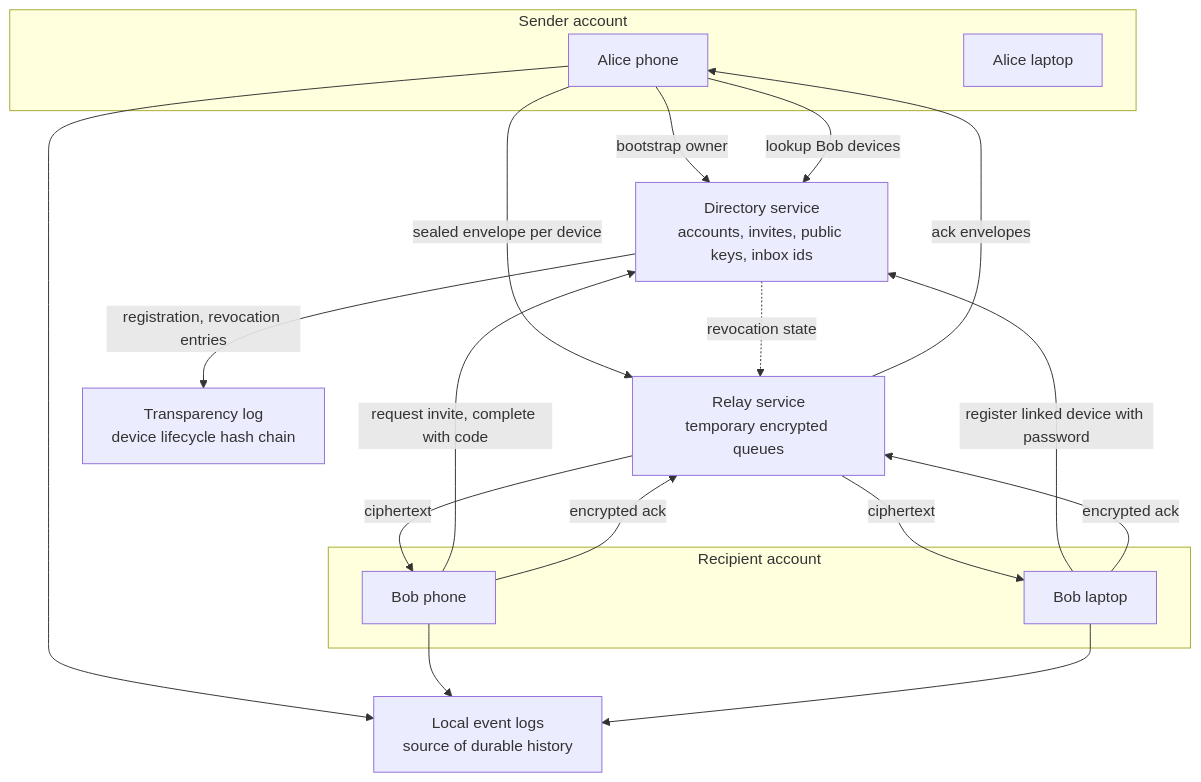
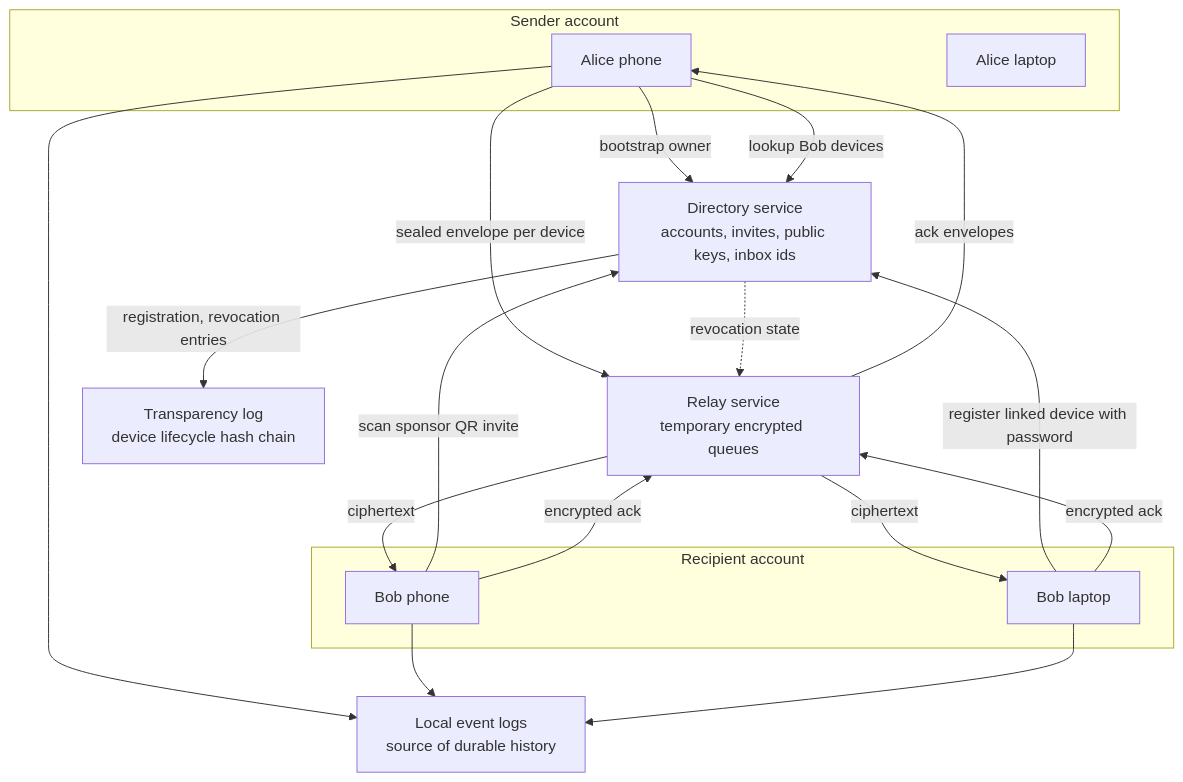
Before and after one commit to vaka47/resilient-messenger-protocol: the diagram in docs/architecture.md, drawn with Mermaid. The commit also changed 19 other files, not shown here.

````diff
--- a/docs/architecture.md
+++ b/docs/architecture.md
@@ -9,35 +9,35 @@
 ```mermaid
 flowchart TB
   subgraph ClientA["Sender account"]
     A1["Alice phone"]
     A2["Alice laptop"]
   end
 
   subgraph ClientB["Recipient account"]
     B1["Bob phone"]
     B2["Bob laptop"]
   end
 
   Directory["Directory service\naccounts, invites, public keys, inbox ids"]
   Relay["Relay service\ntemporary encrypted queues"]
   Transparency["Transparency log\ndevice lifecycle hash chain"]
   LocalLogs["Local event logs\nsource of durable history"]
 
   A1 -->|"bootstrap owner"| Directory
-  B1 -->|"request invite, complete with code"| Directory
+  B1 -->|"scan sponsor QR invite"| Directory
   B2 -->|"register linked device with password"| Directory
 
   A1 -->|"lookup Bob devices"| Directory
   A1 -->|"sealed envelope per device"| Relay
   Relay -->|"ciphertext"| B1
   Relay -->|"ciphertext"| B2
   B1 -->|"encrypted ack"| Relay
   B2 -->|"encrypted ack"| Relay
   Relay -->|"ack envelopes"| A1
   Directory -. "revocation state" .-> Relay
   Directory -->|"registration, revocation entries"| Transparency
 
   A1 --> LocalLogs
   B1 --> LocalLogs
   B2 --> LocalLogs
 ```
````
